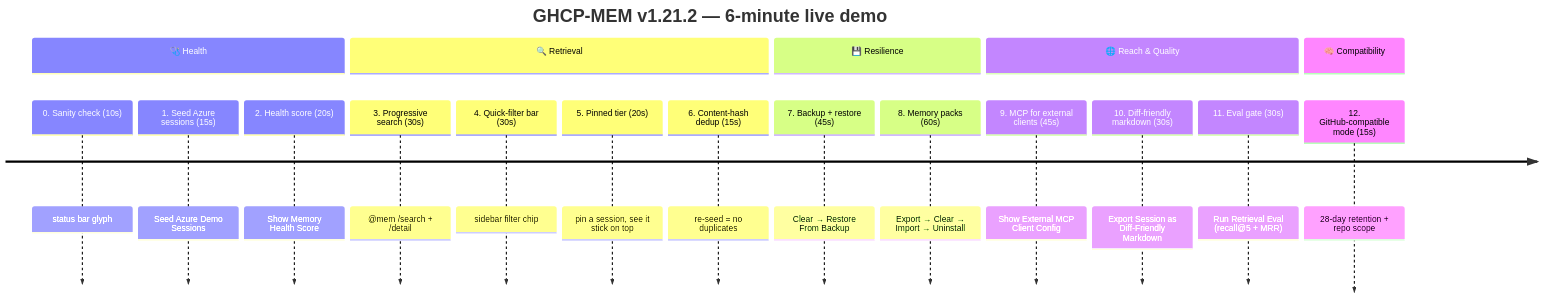
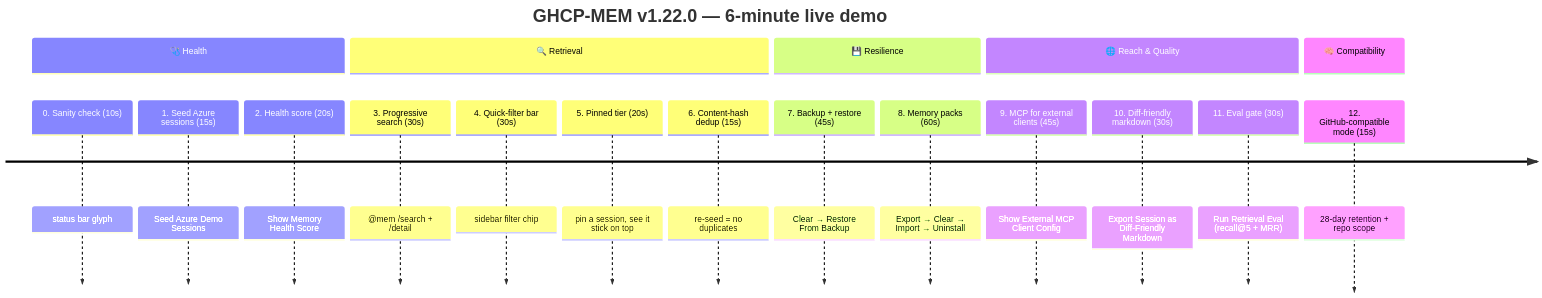
The first of 5 diagrams in docs/DEMO.md (ITcredibl/ghcp-mem), drawn with Mermaid before and after one commit. The commit also changed other lines of this file and 22 other files, not shown here.

````diff
--- a/docs/DEMO.md
+++ b/docs/DEMO.md
@@ -20,22 +20,22 @@
 ```mermaid
 timeline
-    title GHCP-MEM v1.21.2 — 6-minute live demo
+    title GHCP-MEM v1.22.0 — 6-minute live demo
     section 🩺 Health
         0. Sanity check (10s)              : status bar glyph
         1. Seed Azure sessions (15s)       : Seed Azure Demo Sessions
         2. Health score (20s)              : Show Memory Health Score
     section 🔍 Retrieval
         3. Progressive search (30s)        : @mem /search + /detail
         4. Quick-filter bar (30s)          : sidebar filter chip
         5. Pinned tier (20s)               : pin a session, see it stick on top
         6. Content-hash dedup (15s)        : re-seed = no duplicates
     section 💾 Resilience
         7. Backup + restore (45s)          : Clear → Restore From Backup
         8. Memory packs (60s)              : Export → Clear → Import → Uninstall
     section 🌐 Reach & Quality
         9. MCP for external clients (45s)  : Show External MCP Client Config
         10. Diff-friendly markdown (30s)   : Export Session as Diff-Friendly Markdown
         11. Eval gate (30s)                : Run Retrieval Eval (recall@5 + MRR)
     section 🧠 Compatibility
         12. GitHub-compatible mode (15s)   : 28-day retention + repo scope
 ```
````
